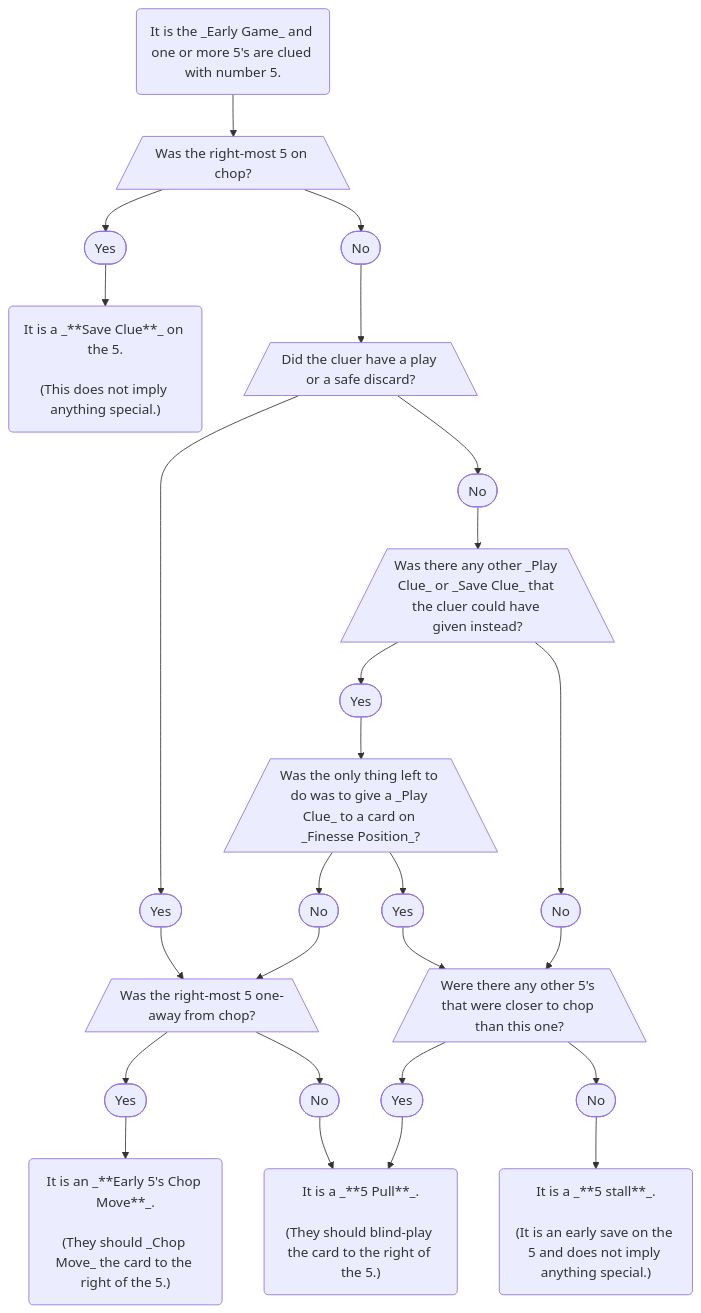
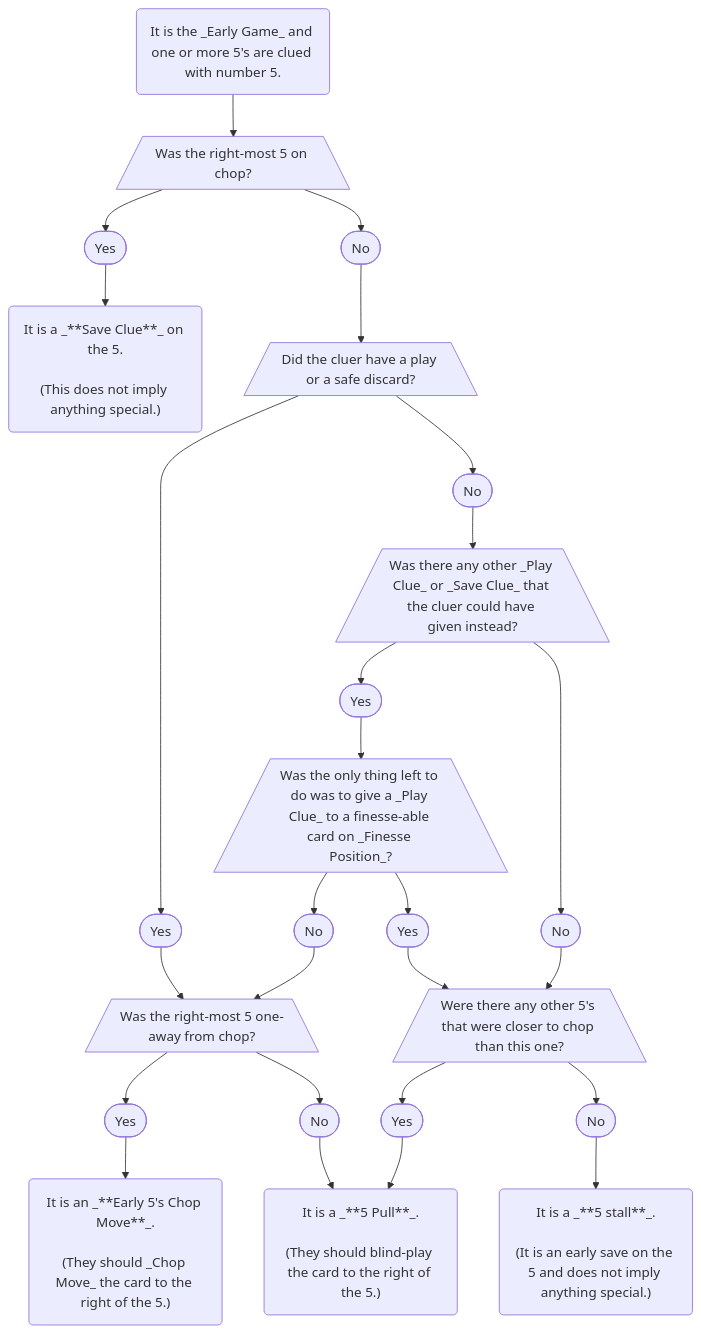
One commit to hanabi/hanabi.github.io changed the diagram in docs/level-19.mdx. Above: the diagram before and after it, drawn with Mermaid.

Commit message:
Adding 'finesse-able' caveat to 5 stall FPE in flowchart

````diff
--- a/docs/level-19.mdx
+++ b/docs/level-19.mdx
@@ -208,58 +208,58 @@
 ```mermaid
 flowchart TD;
 
 S(It is the _Early Game_ and one or more 5's are clued with number 5.)
 D1[/Was the right-most 5 on chop?\]
 D1Y([Yes])
 D1N([No])
 D1YL("It is a _**Save Clue**_ on the 5.<br/ ><br/ >(This does not imply anything special.)")
 D2[/Did the cluer have a play or a safe discard?\]
 D2Y([Yes])
 D2N([No])
 D3[/Was there any other _Play Clue_ or _Save Clue_ that the cluer could have given instead?\]
 D3Y([Yes])
 D3N([No])
-D4[/Was the only thing left to do was to give a _Play Clue_ to a card on _Finesse Position_?\]
+D4[/Was the only thing left to do was to give a _Play Clue_ to a finesse-able card on _Finesse Position_?\]
 D4Y([Yes])
 D4N([No])
 D5[/Were there any other 5's that were closer to chop than this one?\]
 D5Y([Yes])
 D5N([No])
 D5NL("It is a _**5 stall**_.<br/ ><br/ >(It is an early save on the 5 and does not imply anything special.)")
 D6[/Was the right-most 5 one-away from chop?\]
 D6Y([Yes])
 D6N([No])
 D6YL("It is an _**Early 5's Chop Move**_.<br/ ><br/ >(They should _Chop Move_ the card to the right of the 5.)")
 D6NL("It is a _**5 Pull**_.<br/ ><br/ >(They should blind-play the card to the right of the 5.)")
 
 class D1Y,D2Y,D3Y,D4Y,D5Y,D6Y node-yes
 class D1N,D2N,D3N,D4N,D5N,D6N node-no
 class D1,D2,D3,D4,D5,D6 node-dec
 class S,D1YL,D6NL,D5NL,D6YL node-act
 
 S --> D1;
 D1 --> D1Y;
 D1 --> D1N;
 D1Y --> D1YL;
 D1N --> D2;
 D2 --> D2Y;
 D2 --> D2N;
 D2Y --> D6;
 D2N --> D3;
 D3 --> D3Y;
 D3 --> D3N;
 D3Y --> D4;
 D3N --> D5;
 D4 --> D4N;
 D4 --> D4Y;
 D4Y --> D5;
 D4N --> D6;
 D5 --> D5Y;
 D5 --> D5N;
 D5Y --> D6NL;
 D5N --> D5NL;
 D6 --> D6Y;
 D6 --> D6N;
 D6Y --> D6YL;
 D6N --> D6NL;
 ```
````
